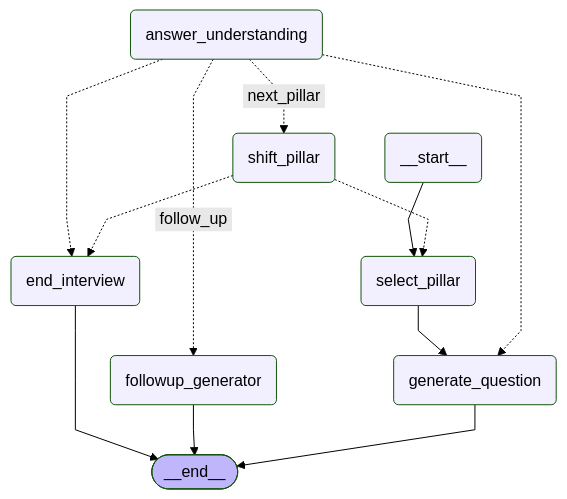
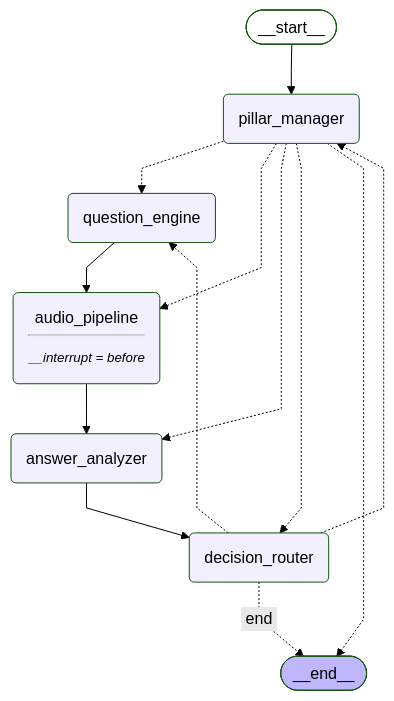
The diagram in backend/graph_visualizations/interview_orchestration.mermaid (Rohit27082003/Ai-Assisted-Interview-Platform), drawn with Mermaid (forest theme) before and after one commit. The commit also changed 30 other files, not shown here.

Commit message:
Fix interview lifecycle, persistence, and generate graph visuals

```diff
--- a/backend/graph_visualizations/interview_orchestration.mermaid
+++ b/backend/graph_visualizations/interview_orchestration.mermaid
@@ -1,28 +1,28 @@
 ---
 config:
   flowchart:
     curve: linear
 ---
 graph TD;
-	__start__(<p>__start__</p>)
-	select_pillar(select_pillar)
-	generate_question(generate_question)
-	answer_understanding(answer_understanding)
-	followup_generator(followup_generator)
-	shift_pillar(shift_pillar)
-	end_interview(end_interview)
+	__start__([<p>__start__</p>]):::first
+	pillar_manager(pillar_manager)
+	question_engine(question_engine)
+	audio_pipeline(audio_pipeline<hr/><small><em>__interrupt = before</em></small>)
+	answer_analyzer(answer_analyzer)
+	decision_router(decision_router)
 	__end__([<p>__end__</p>]):::last
-	__start__ --> select_pillar;
-	end_interview --> __end__;
-	followup_generator --> __end__;
-	generate_question --> __end__;
-	select_pillar --> generate_question;
-	answer_understanding -.-> generate_question;
-	answer_understanding -. &nbsp;follow_up&nbsp; .-> followup_generator;
-	answer_understanding -. &nbsp;next_pillar&nbsp; .-> shift_pillar;
-	answer_understanding -.-> end_interview;
-	shift_pillar -.-> select_pillar;
-	shift_pillar -.-> end_interview;
+	__start__ --> pillar_manager;
+	answer_analyzer --> decision_router;
+	audio_pipeline --> answer_analyzer;
+	question_engine --> audio_pipeline;
+	pillar_manager -.-> question_engine;
+	pillar_manager -.-> audio_pipeline;
+	pillar_manager -.-> answer_analyzer;
+	pillar_manager -.-> decision_router;
+	pillar_manager -.-> __end__;
+	decision_router -.-> pillar_manager;
+	decision_router -.-> question_engine;
+	decision_router -. &nbsp;end&nbsp; .-> __end__;
 	classDef default fill:#f2f0ff,line-height:1.2
 	classDef first fill-opacity:0
 	classDef last fill:#bfb6fc
```
